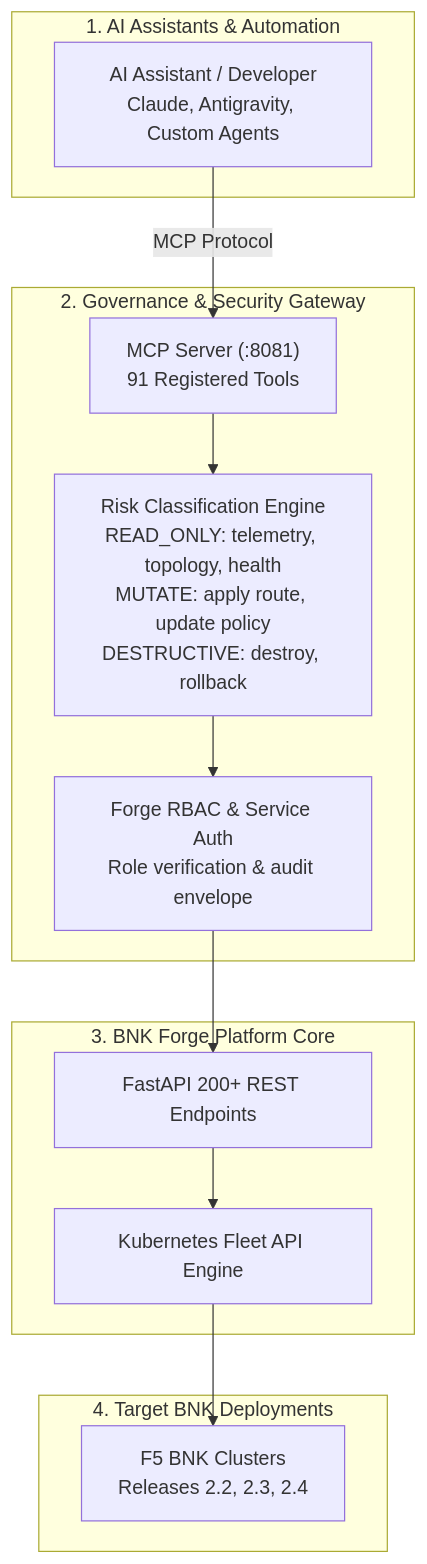
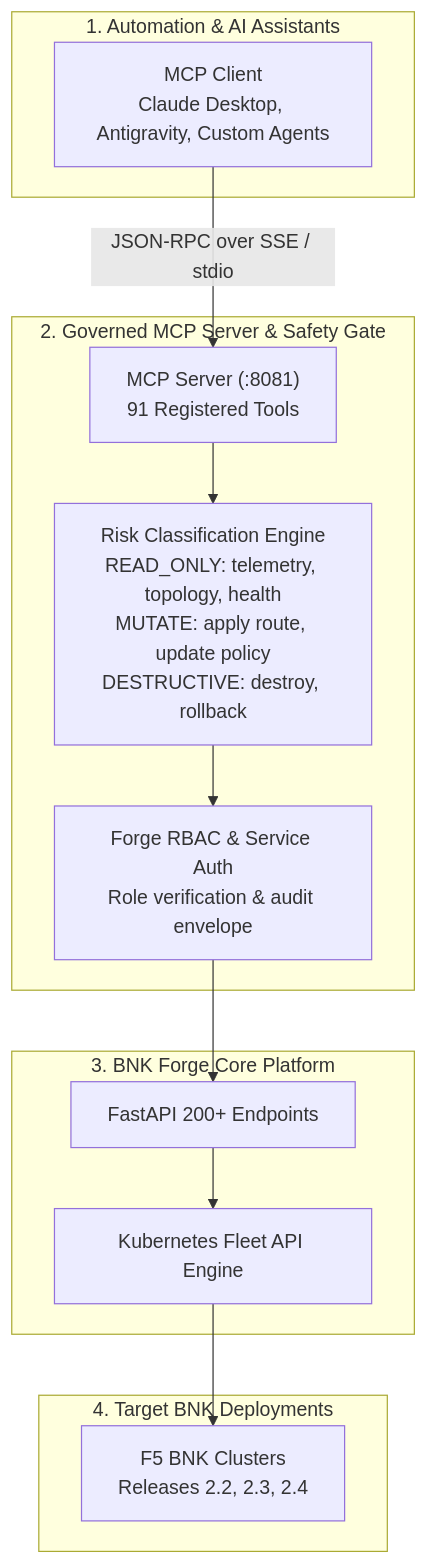
One commit to f5devcentral/bnk-forge changed the sixth of 6 diagrams in docs/DEVCENTRAL_OVERVIEW.md. Above: the diagram before and after it, drawn with Mermaid. The commit also changed other lines of this file and 1 other file, not shown here.

Commit message:
docs: remove sales terminology in favor of technical architecture and operational facts

````diff
--- a/docs/DEVCENTRAL_OVERVIEW.md
+++ b/docs/DEVCENTRAL_OVERVIEW.md
@@ -206,25 +251,25 @@
 ```mermaid
 flowchart TD
-    subgraph AI["1. AI Assistants & Automation"]
-        Assistant["AI Assistant / Developer\nClaude, Antigravity, Custom Agents"]
+    subgraph AI["1. Automation & AI Assistants"]
+        Client["MCP Client\nClaude Desktop, Antigravity, Custom Agents"]
     end
 
-    subgraph GovernanceLayer["2. Governance & Security Gateway"]
+    subgraph GovernanceLayer["2. Governed MCP Server & Safety Gate"]
         MCP["MCP Server (:8081)\n91 Registered Tools"]
         Risk["Risk Classification Engine\nREAD_ONLY: telemetry, topology, health\nMUTATE: apply route, update policy\nDESTRUCTIVE: destroy, rollback"]
         RBAC["Forge RBAC & Service Auth\nRole verification & audit envelope"]
         MCP --> Risk --> RBAC
     end
 
-    subgraph Engine["3. BNK Forge Platform Core"]
-        API["FastAPI 200+ REST Endpoints"]
+    subgraph Engine["3. BNK Forge Core Platform"]
+        API["FastAPI 200+ Endpoints"]
         K8sFleet["Kubernetes Fleet API Engine"]
     end
 
     subgraph Fleet["4. Target BNK Deployments"]
         TargetBNK["F5 BNK Clusters\nReleases 2.2, 2.3, 2.4"]
     end
 
-    Assistant -->|MCP Protocol| MCP
+    Client -->|JSON-RPC over SSE / stdio| MCP
     RBAC --> API --> K8sFleet --> TargetBNK
 ```
````
